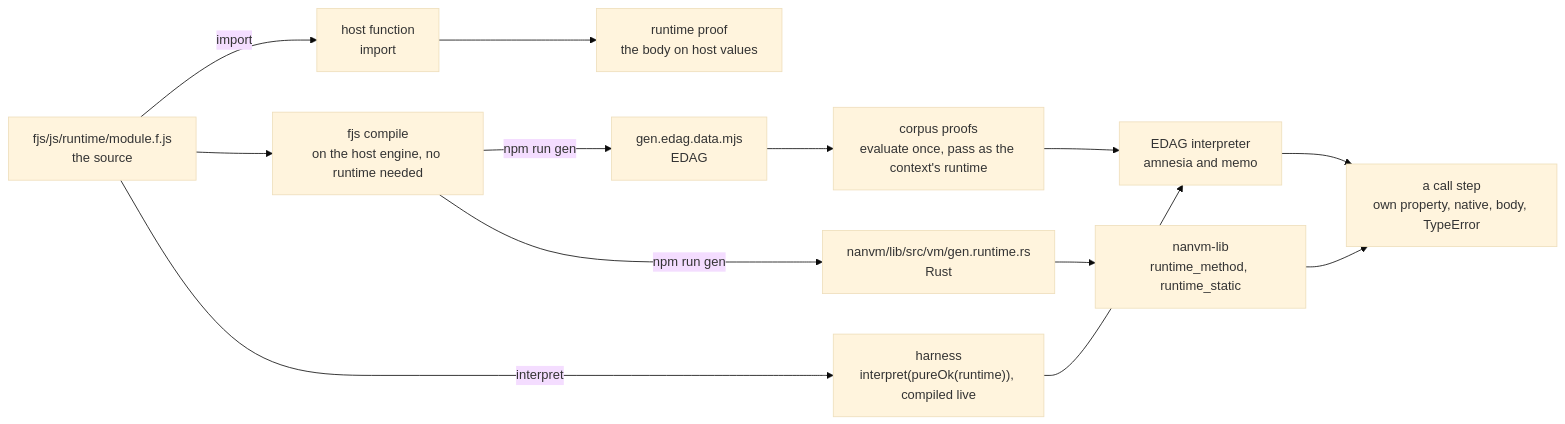
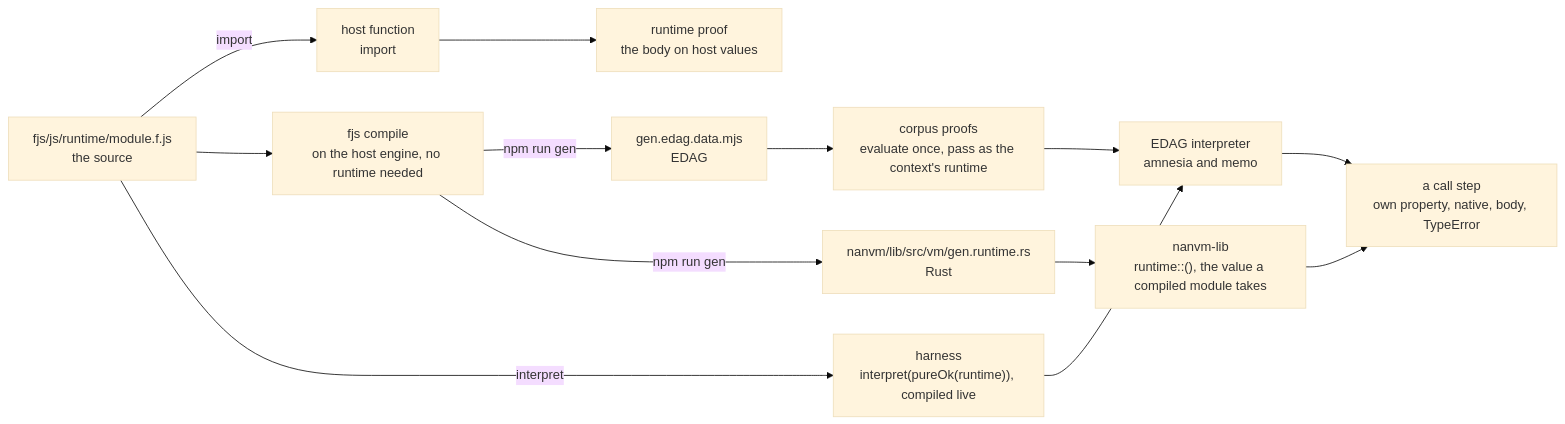
The first of 2 diagrams in fjs/js/runtime/README.md (functionalscript/functionalscript), drawn with Mermaid (base theme) before and after one commit. The commit also changed other lines of this file and 208 other files, not shown here.

````diff
--- a/fjs/js/runtime/README.md
+++ b/fjs/js/runtime/README.md
@@ -130,21 +130,21 @@
 ```mermaid
 flowchart LR
     src["fjs/js/runtime/module.f.js<br/>the source"]
     compiler["fjs compile<br/>on the host engine, no runtime needed"]
     host["host function<br/>import"]
     edag["gen.edag.data.mjs<br/>EDAG"]
     rust["nanvm/lib/src/vm/gen.runtime.rs<br/>Rust"]
     proof["runtime proof<br/>the body on host values"]
     corpus["corpus proofs<br/>evaluate once, pass as the context's runtime"]
     harness["harness<br/>interpret(pureOk(runtime)), compiled live"]
     interpreter["EDAG interpreter<br/>amnesia and memo"]
-    naive["nanvm-lib<br/>runtime_method, runtime_static"]
+    naive["nanvm-lib<br/>runtime::<A>(), the value a compiled module takes"]
     step["a call step<br/>own property, native, body, TypeError"]
     src -->|import| host --> proof
     src --> compiler
     compiler -->|npm run gen| edag --> corpus --> interpreter
     src -->|interpret| harness --> interpreter
     compiler -->|npm run gen| rust --> naive
     interpreter --> step
     naive --> step
 ```
````
